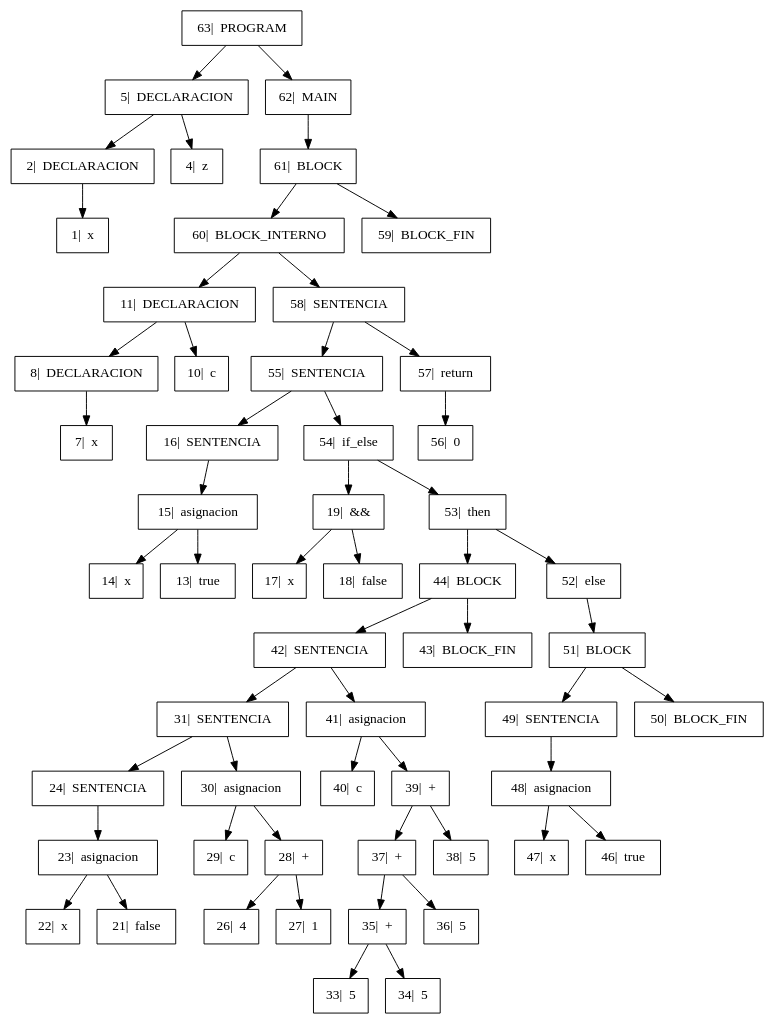
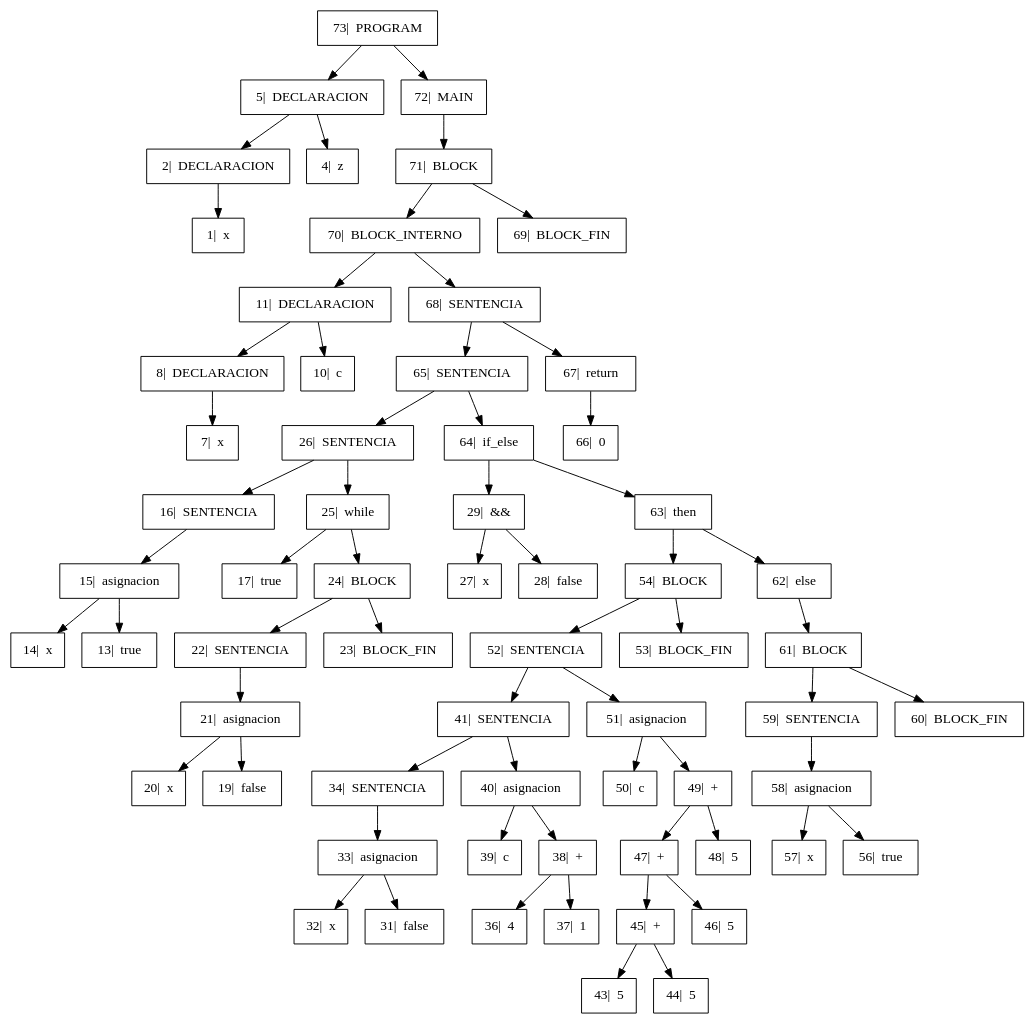
One commit to GiovA07/PRE-PROYECTO-COMPILADORES changed the diagram in Proyecto/output/Arbol.dot. Above: the diagram before and after it, drawn with Graphviz. The commit also changed 3 other files, not shown here.

```diff
--- a/Proyecto/output/Arbol.dot
+++ b/Proyecto/output/Arbol.dot
@@ -1,37 +1,42 @@
 digraph{
 
 rankdir=TB;
 
 node[shape=box];
-"63|  PROGRAM" -> "5|  DECLARACION", "62|  MAIN";
+"73|  PROGRAM" -> "5|  DECLARACION", "72|  MAIN";
 "5|  DECLARACION" -> "2|  DECLARACION", "4|  z";
 "2|  DECLARACION" -> "1|  x" ;
-"62|  MAIN" -> "61|  BLOCK" ;
-"61|  BLOCK" -> "60|  BLOCK_INTERNO", "59|  BLOCK_FIN";
-"60|  BLOCK_INTERNO" -> "11|  DECLARACION", "58|  SENTENCIA";
+"72|  MAIN" -> "71|  BLOCK" ;
+"71|  BLOCK" -> "70|  BLOCK_INTERNO", "69|  BLOCK_FIN";
+"70|  BLOCK_INTERNO" -> "11|  DECLARACION", "68|  SENTENCIA";
 "11|  DECLARACION" -> "8|  DECLARACION", "10|  c";
 "8|  DECLARACION" -> "7|  x" ;
-"58|  SENTENCIA" -> "55|  SENTENCIA", "57|  return";
-"55|  SENTENCIA" -> "16|  SENTENCIA", "54|  if_else";
+"68|  SENTENCIA" -> "65|  SENTENCIA", "67|  return";
+"65|  SENTENCIA" -> "26|  SENTENCIA", "64|  if_else";
+"26|  SENTENCIA" -> "16|  SENTENCIA", "25|  while";
 "16|  SENTENCIA" -> "15|  asignacion" ;
 "15|  asignacion" -> "14|  x", "13|  true";
-"54|  if_else" -> "19|  &&", "53|  then";
-"19|  &&" -> "17|  x", "18|  false";
-"53|  then" -> "44|  BLOCK", "52|  else";
-"44|  BLOCK" -> "42|  SENTENCIA", "43|  BLOCK_FIN";
-"42|  SENTENCIA" -> "31|  SENTENCIA", "41|  asignacion";
-"31|  SENTENCIA" -> "24|  SENTENCIA", "30|  asignacion";
-"24|  SENTENCIA" -> "23|  asignacion" ;
-"23|  asignacion" -> "22|  x", "21|  false";
-"30|  asignacion" -> "29|  c", "28|  +";
-"28|  +" -> "26|  4", "27|  1";
-"41|  asignacion" -> "40|  c", "39|  +";
-"39|  +" -> "37|  +", "38|  5";
-"37|  +" -> "35|  +", "36|  5";
-"35|  +" -> "33|  5", "34|  5";
-"52|  else" -> "51|  BLOCK" ;
-"51|  BLOCK" -> "49|  SENTENCIA", "50|  BLOCK_FIN";
-"49|  SENTENCIA" -> "48|  asignacion" ;
-"48|  asignacion" -> "47|  x", "46|  true";
-"57|  return" -> "56|  0" ;
+"25|  while" -> "17|  true", "24|  BLOCK";
+"24|  BLOCK" -> "22|  SENTENCIA", "23|  BLOCK_FIN";
+"22|  SENTENCIA" -> "21|  asignacion" ;
+"21|  asignacion" -> "20|  x", "19|  false";
+"64|  if_else" -> "29|  &&", "63|  then";
+"29|  &&" -> "27|  x", "28|  false";
+"63|  then" -> "54|  BLOCK", "62|  else";
+"54|  BLOCK" -> "52|  SENTENCIA", "53|  BLOCK_FIN";
+"52|  SENTENCIA" -> "41|  SENTENCIA", "51|  asignacion";
+"41|  SENTENCIA" -> "34|  SENTENCIA", "40|  asignacion";
+"34|  SENTENCIA" -> "33|  asignacion" ;
+"33|  asignacion" -> "32|  x", "31|  false";
+"40|  asignacion" -> "39|  c", "38|  +";
+"38|  +" -> "36|  4", "37|  1";
+"51|  asignacion" -> "50|  c", "49|  +";
+"49|  +" -> "47|  +", "48|  5";
+"47|  +" -> "45|  +", "46|  5";
+"45|  +" -> "43|  5", "44|  5";
+"62|  else" -> "61|  BLOCK" ;
+"61|  BLOCK" -> "59|  SENTENCIA", "60|  BLOCK_FIN";
+"59|  SENTENCIA" -> "58|  asignacion" ;
+"58|  asignacion" -> "57|  x", "56|  true";
+"67|  return" -> "66|  0" ;
 }
```
